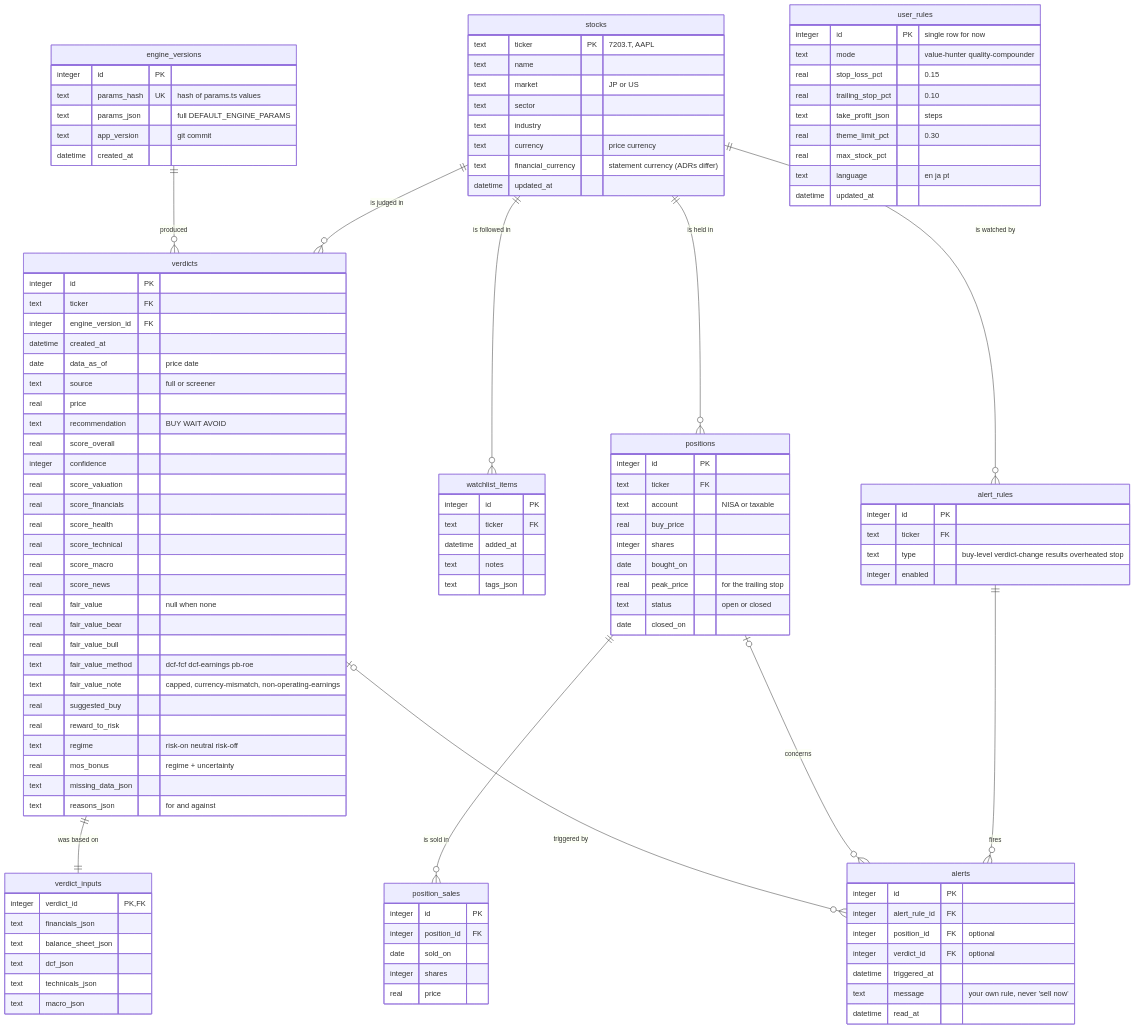
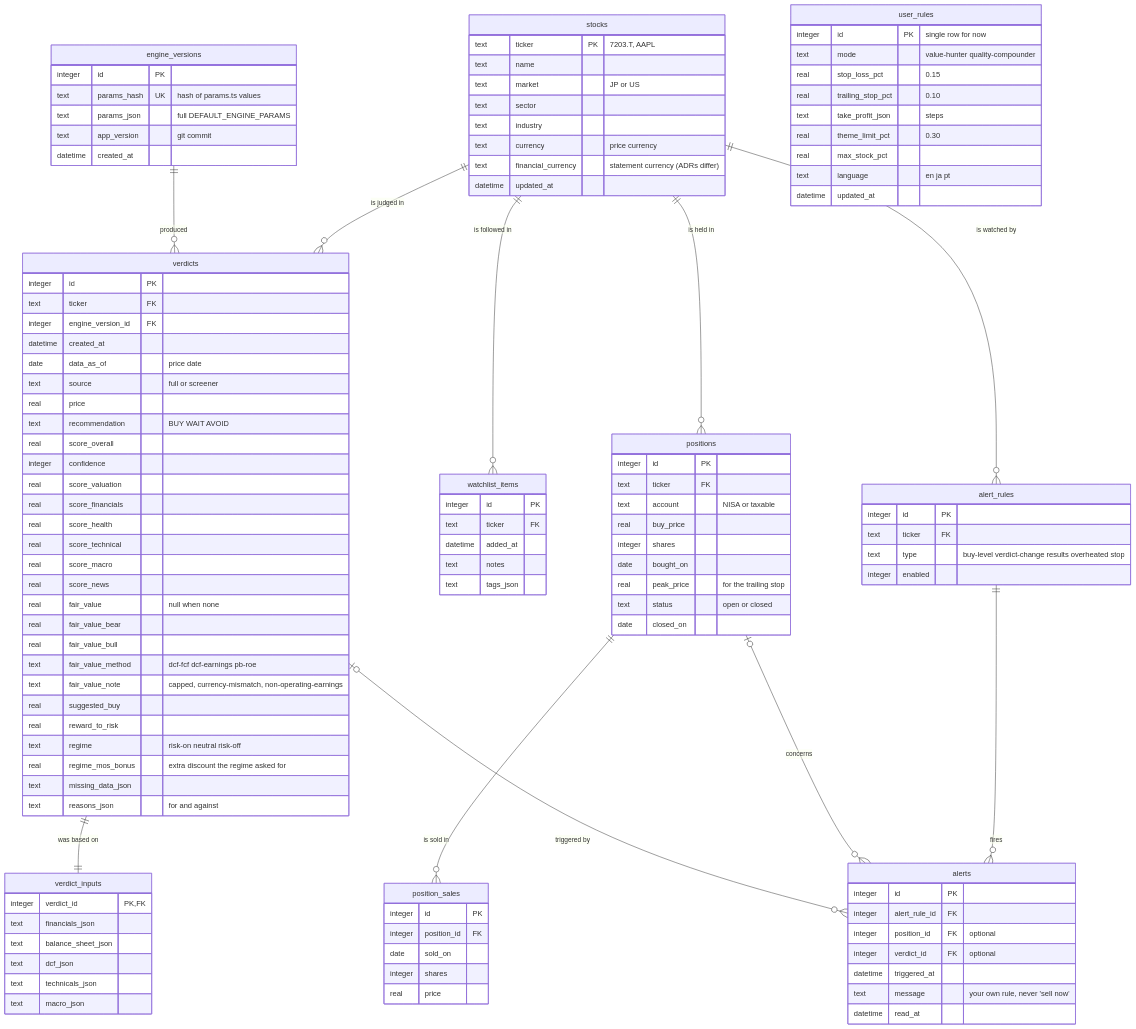
The diagram in docs/DATABASE.md (yanocv/stock-verdict), drawn with Mermaid before and after one commit. The commit also changed other lines of this file and 10 other files, not shown here.

```diff
--- a/docs/DATABASE.md
+++ b/docs/DATABASE.md
@@ -65,7 +65,7 @@
         real suggested_buy
         real reward_to_risk
         text regime "risk-on neutral risk-off"
-        real mos_bonus "regime + uncertainty"
+        real regime_mos_bonus "extra discount the regime asked for"
         text missing_data_json
         text reasons_json "for and against"
     }
```
